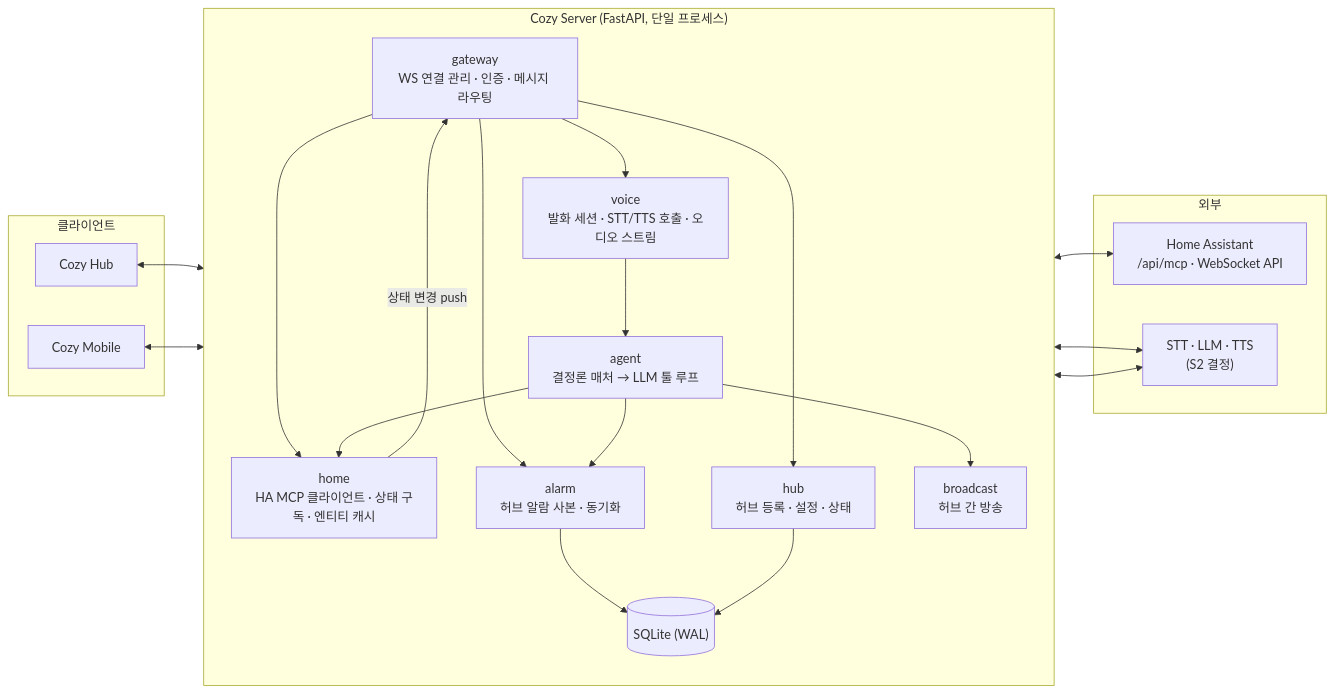
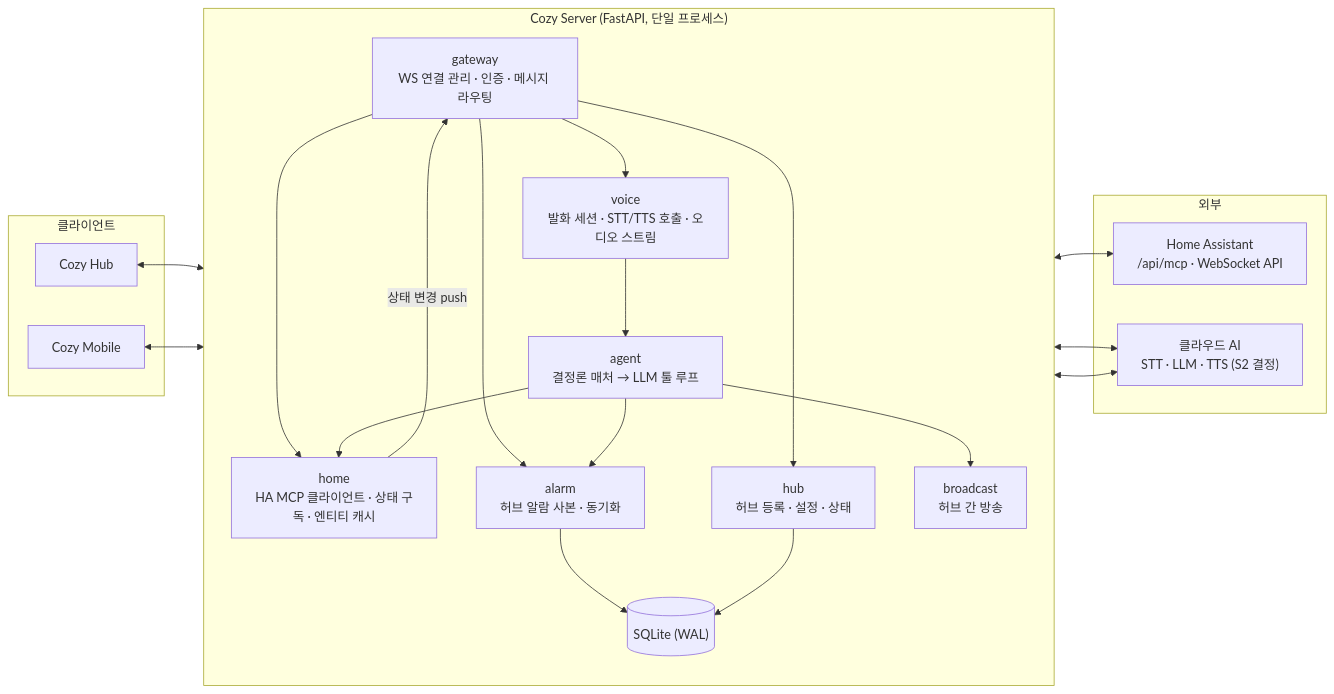
The first of 3 diagrams in docs/design/0002-server-architecture.md (pis-o-cake/cozy-buddy), drawn with Mermaid before and after one commit. The commit also changed other lines of this file and 9 other files, not shown here.

````diff
--- a/docs/design/0002-server-architecture.md
+++ b/docs/design/0002-server-architecture.md
@@ -30,40 +31,40 @@
 ```mermaid
 flowchart LR
     subgraph CLIENTS["클라이언트"]
         HUB["Cozy Hub"]
         MOB["Cozy Mobile"]
     end
 
     subgraph SERVER["Cozy Server (FastAPI, 단일 프로세스)"]
         direction TB
         GW["gateway<br/>WS 연결 관리 · 인증 · 메시지 라우팅"]
         VOICE["voice<br/>발화 세션 · STT/TTS 호출 · 오디오 스트림"]
         AGENT["agent<br/>결정론 매처 → LLM 툴 루프"]
         HOMEB["home<br/>HA MCP 클라이언트 · 상태 구독 · 엔티티 캐시"]
         ALARM["alarm<br/>허브 알람 사본 · 동기화"]
         HUBD["hub<br/>허브 등록 · 설정 · 상태"]
         BCAST["broadcast<br/>허브 간 방송"]
         DB[("SQLite (WAL)")]
     end
 
     subgraph EXT["외부"]
         HA["Home Assistant<br/>/api/mcp · WebSocket API"]
-        AI["STT · LLM · TTS<br/>(S2 결정)"]
+        AI["클라우드 AI<br/>STT · LLM · TTS (S2 결정)"]
     end
 
     HUB <--> GW
     MOB <--> GW
     GW --> VOICE --> AGENT
     GW --> HOMEB
     GW --> ALARM
     GW --> HUBD
     AGENT --> HOMEB
     AGENT --> ALARM
     AGENT --> BCAST
     VOICE <--> AI
     AGENT <--> AI
     HOMEB <--> HA
     ALARM --> DB
     HUBD --> DB
     HOMEB -->|상태 변경 push| GW
 ```
````
